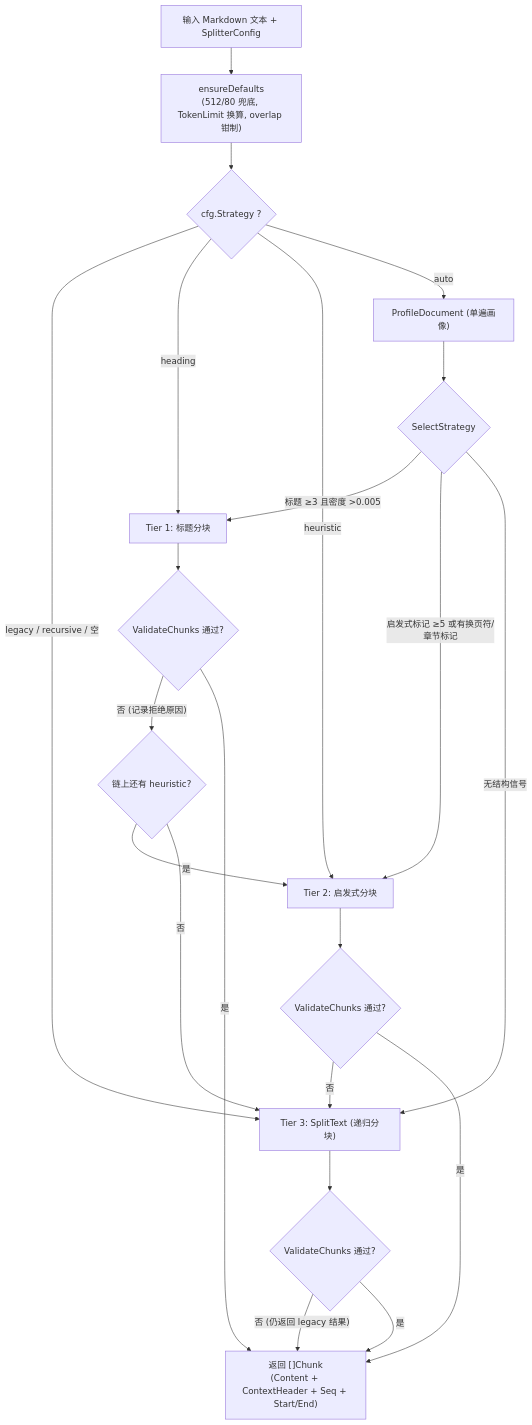
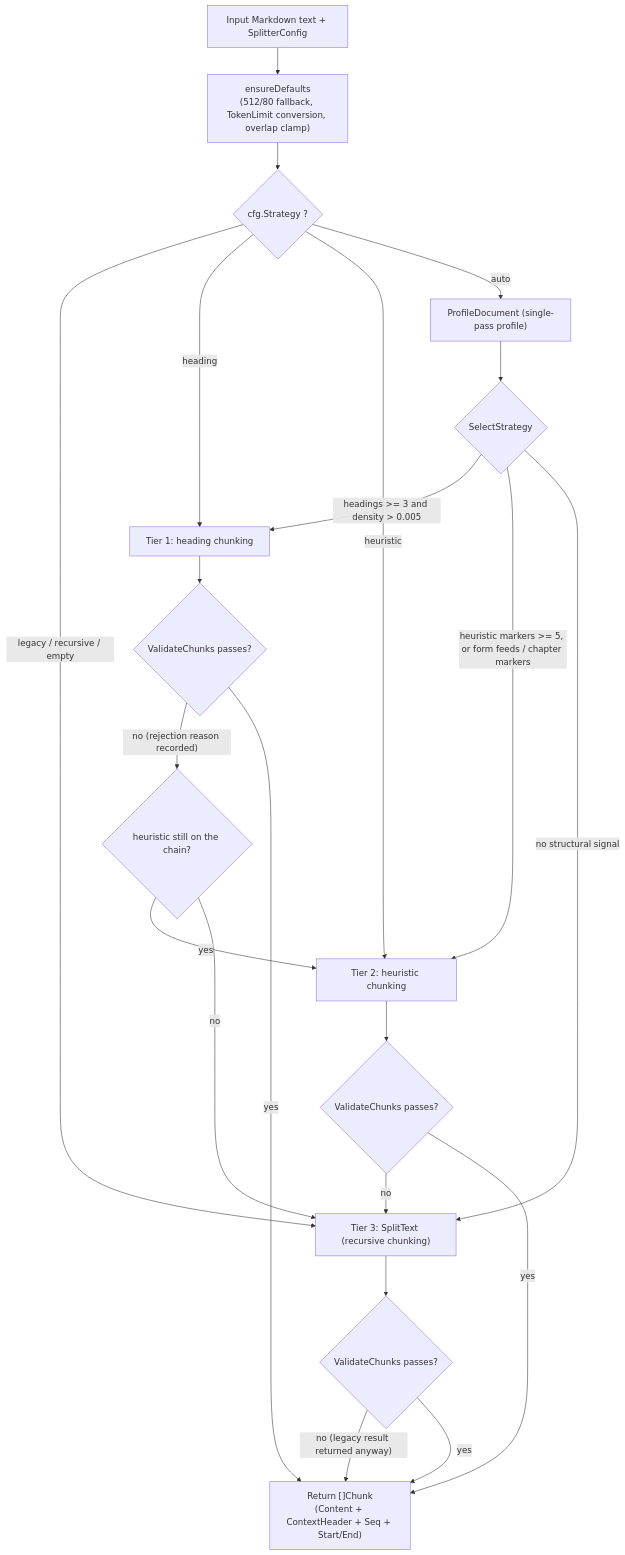
Before and after one commit to jrmatherly/ai-kb: the first of 2 diagrams in website-docs/03-features/04-chunking.md, drawn with Mermaid. The commit also changed other lines of this file and 5 other files, not shown here.

````diff
--- a/website-docs/03-features/04-chunking.md
+++ b/website-docs/03-features/04-chunking.md
@@ -136,24 +142,24 @@
 ```mermaid
 flowchart TD
-    A["输入 Markdown 文本 + SplitterConfig"] --> B["ensureDefaults<br/>(512/80 兜底, TokenLimit 换算, overlap 钳制)"]
+    A["Input Markdown text + SplitterConfig"] --> B["ensureDefaults<br/>(512/80 fallback, TokenLimit conversion, overlap clamp)"]
     B --> C{"cfg.Strategy ?"}
-    C -->|"legacy / recursive / 空"| L["Tier 3: SplitText (递归分块)"]
-    C -->|"heading"| H1["Tier 1: 标题分块"]
-    C -->|"heuristic"| H2["Tier 2: 启发式分块"]
-    C -->|"auto"| P["ProfileDocument (单遍画像)"]
+    C -->|"legacy / recursive / empty"| L["Tier 3: SplitText (recursive chunking)"]
+    C -->|"heading"| H1["Tier 1: heading chunking"]
+    C -->|"heuristic"| H2["Tier 2: heuristic chunking"]
+    C -->|"auto"| P["ProfileDocument (single-pass profile)"]
     P --> S{"SelectStrategy"}
-    S -->|"标题 ≥3 且密度 >0.005"| H1
-    S -->|"启发式标记 ≥5 或有换页符/章节标记"| H2
-    S -->|"无结构信号"| L
-    H1 --> V1{"ValidateChunks 通过?"}
-    V1 -->|"否 (记录拒绝原因)"| H2X{"链上还有 heuristic?"}
-    H2X -->|"是"| H2
-    H2X -->|"否"| L
-    H2 --> V2{"ValidateChunks 通过?"}
-    V2 -->|"否"| L
-    L --> V3{"ValidateChunks 通过?"}
-    V3 -->|"否 (仍返回 legacy 结果)"| OUT
-    V1 -->|"是"| OUT["返回 []Chunk<br/>(Content + ContextHeader + Seq + Start/End)"]
-    V2 -->|"是"| OUT
-    V3 -->|"是"| OUT
+    S -->|"headings >= 3 and density > 0.005"| H1
+    S -->|"heuristic markers >= 5, or form feeds / chapter markers"| H2
+    S -->|"no structural signal"| L
+    H1 --> V1{"ValidateChunks passes?"}
+    V1 -->|"no (rejection reason recorded)"| H2X{"heuristic still on the chain?"}
+    H2X -->|"yes"| H2
+    H2X -->|"no"| L
+    H2 --> V2{"ValidateChunks passes?"}
+    V2 -->|"no"| L
+    L --> V3{"ValidateChunks passes?"}
+    V3 -->|"no (legacy result returned anyway)"| OUT
+    V1 -->|"yes"| OUT["Return []Chunk<br/>(Content + ContextHeader + Seq + Start/End)"]
+    V2 -->|"yes"| OUT
+    V3 -->|"yes"| OUT
 ```
````
